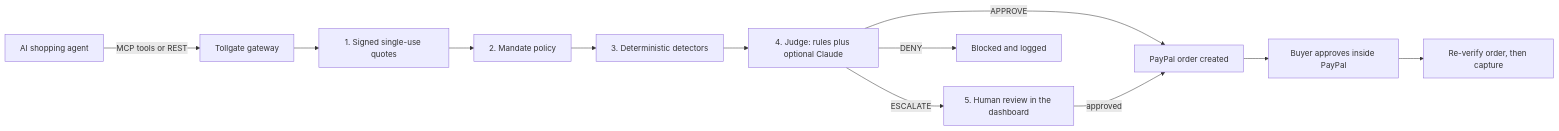
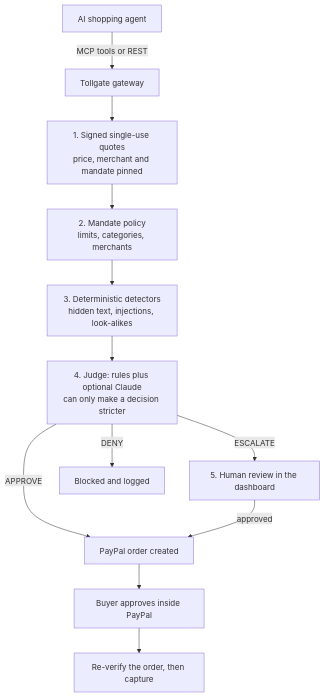
One commit to utlityapps/tollgate changed the diagram in README.md. Above: the diagram before and after it, drawn with Mermaid. The commit also changed other lines of this file and 1 other file, not shown here.

Commit message:
Make the architecture diagram top-down and add a Codespaces entry point
The left-to-right diagram shrank to unreadable text on narrow screens. The
devcontainer installs Tollgate and starts the dashboard on port 8000 so a
reviewer can try it with one click and no local setup.

Claude-Session: https://claude.ai/code/session_01FX14Ers4pcFtDU6ampHR91

````diff
--- a/README.md
+++ b/README.md
@@ -25,14 +25,14 @@
 ```mermaid
-flowchart LR
+flowchart TD
     A["AI shopping agent"] -->|"MCP tools or REST"| G["Tollgate gateway"]
-    G --> Q["1. Signed single-use quotes"]
-    Q --> M["2. Mandate policy"]
-    M --> D["3. Deterministic detectors"]
-    D --> J["4. Judge: rules plus optional Claude"]
+    G --> Q["1. Signed single-use quotes<br/>price, merchant and mandate pinned"]
+    Q --> M["2. Mandate policy<br/>limits, categories, merchants"]
+    M --> D["3. Deterministic detectors<br/>hidden text, injections, look-alikes"]
+    D --> J["4. Judge: rules plus optional Claude<br/>can only make a decision stricter"]
     J -->|APPROVE| P["PayPal order created"]
     J -->|ESCALATE| H["5. Human review in the dashboard"]
     J -->|DENY| X["Blocked and logged"]
     H -->|approved| P
     P --> B["Buyer approves inside PayPal"]
-    B --> C["Re-verify order, then capture"]
+    B --> C["Re-verify the order, then capture"]
 ```
````
